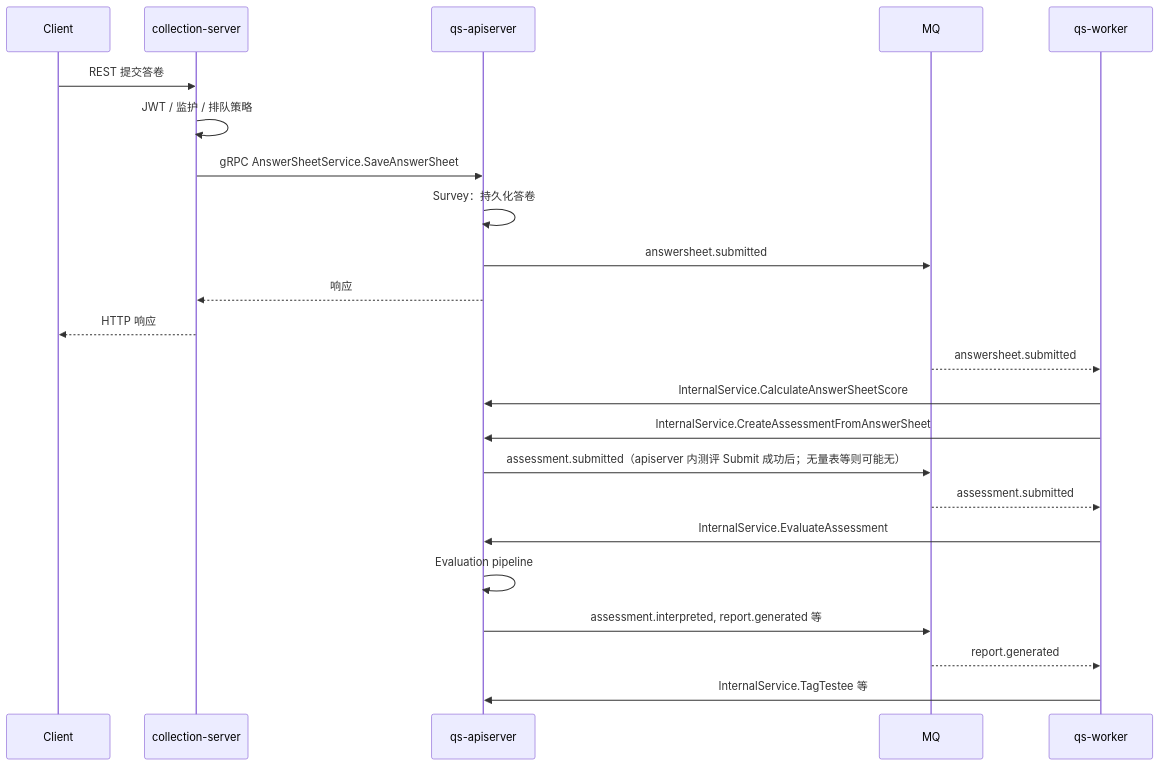
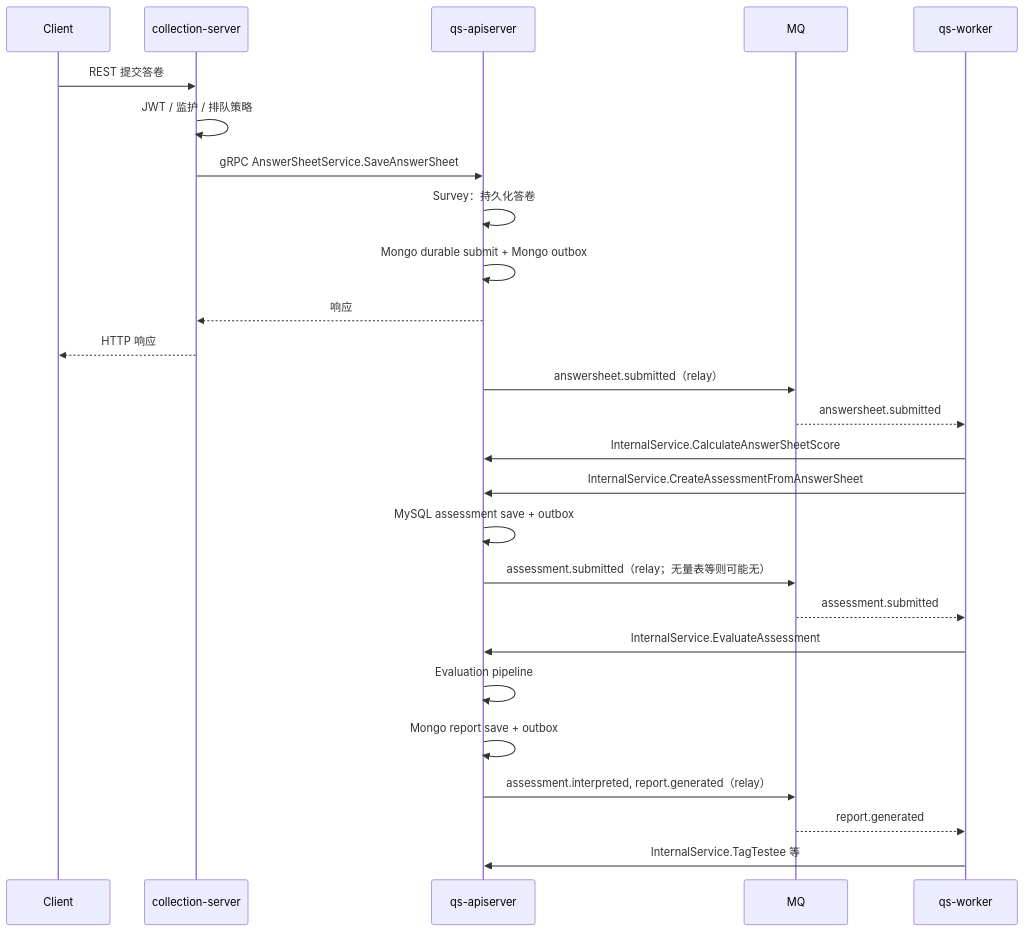
One commit to FangcunMount/qs-server changed the diagram in docs/00-总览/03-核心业务链路.md. Above: the diagram before and after it, drawn with Mermaid. The commit also changed other lines of this file and 42 other files, not shown here.

Commit message:
feat 评估主链事件可靠性统一 - assessment.submitted、assessment.failed：走 MySQL 事务型 outbox - assessment.interpreted、report.generated：走 Mongo 事务型 outbox - answersheet.submitted 继续保留现有 Mongo outbox，但抽成共享基础设施

````diff
--- a/docs/00-总览/03-核心业务链路.md
+++ b/docs/00-总览/03-核心业务链路.md
@@ -27,29 +27,32 @@
 ```mermaid
 sequenceDiagram
     participant C as Client
     participant Col as collection-server
     participant API as qs-apiserver
     participant MQ as MQ
     participant W as qs-worker
 
     C->>Col: REST 提交答卷
     Col->>Col: JWT / 监护 / 排队策略
     Col->>API: gRPC AnswerSheetService.SaveAnswerSheet
     API->>API: Survey：持久化答卷
-    API->>MQ: answersheet.submitted
+    API->>API: Mongo durable submit + Mongo outbox
     API-->>Col: 响应
     Col-->>C: HTTP 响应
+    API->>MQ: answersheet.submitted（relay）
 
     MQ-->>W: answersheet.submitted
     W->>API: InternalService.CalculateAnswerSheetScore
     W->>API: InternalService.CreateAssessmentFromAnswerSheet
-    API->>MQ: assessment.submitted（apiserver 内测评 Submit 成功后；无量表等则可能无）
+    API->>API: MySQL assessment save + outbox
+    API->>MQ: assessment.submitted（relay；无量表等则可能无）
 
     MQ-->>W: assessment.submitted
     W->>API: InternalService.EvaluateAssessment
     API->>API: Evaluation pipeline
-    API->>MQ: assessment.interpreted, report.generated 等
+    API->>API: Mongo report save + outbox
+    API->>MQ: assessment.interpreted, report.generated（relay）
 
     MQ-->>W: report.generated
     W->>API: InternalService.TagTestee 等
 ```
````
